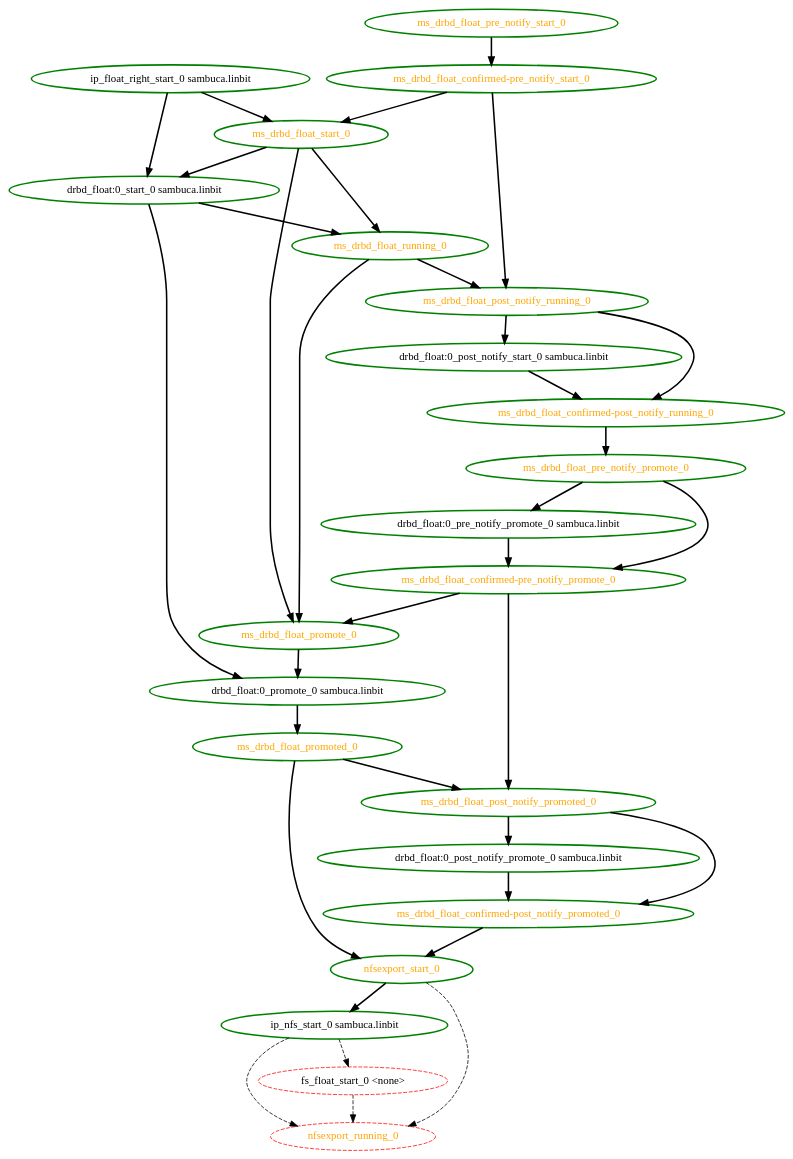
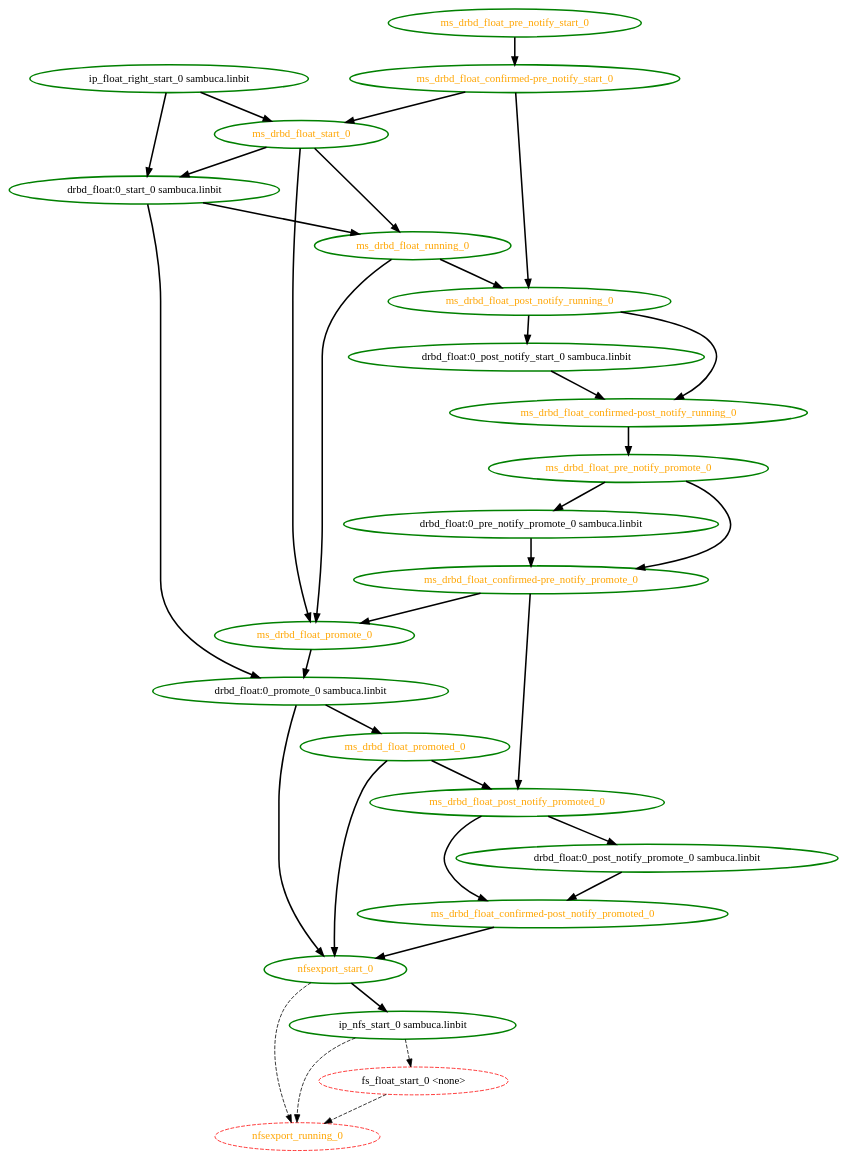
One commit to linux-ha-japan/pm_diskd changed the diagram in pengine/test10/master-pseudo.dot. Above: the diagram before and after it, drawn with Graphviz. The commit also changed 13 other files, not shown here.

```diff
--- a/pengine/test10/master-pseudo.dot
+++ b/pengine/test10/master-pseudo.dot
@@ -1,58 +1,59 @@
 digraph "g" {
 "drbd_float:0_post_notify_promote_0 sambuca.linbit" -> "ms_drbd_float_confirmed-post_notify_promoted_0" [ style = bold]
 "drbd_float:0_post_notify_promote_0 sambuca.linbit" [ style=bold color="green" fontcolor="black"  ]
 "drbd_float:0_post_notify_start_0 sambuca.linbit" -> "ms_drbd_float_confirmed-post_notify_running_0" [ style = bold]
 "drbd_float:0_post_notify_start_0 sambuca.linbit" [ style=bold color="green" fontcolor="black"  ]
 "drbd_float:0_pre_notify_promote_0 sambuca.linbit" -> "ms_drbd_float_confirmed-pre_notify_promote_0" [ style = bold]
 "drbd_float:0_pre_notify_promote_0 sambuca.linbit" [ style=bold color="green" fontcolor="black"  ]
 "drbd_float:0_promote_0 sambuca.linbit" -> "ms_drbd_float_promoted_0" [ style = bold]
+"drbd_float:0_promote_0 sambuca.linbit" -> "nfsexport_start_0" [ style = bold]
 "drbd_float:0_promote_0 sambuca.linbit" [ style=bold color="green" fontcolor="black"  ]
 "drbd_float:0_start_0 sambuca.linbit" -> "drbd_float:0_promote_0 sambuca.linbit" [ style = bold]
 "drbd_float:0_start_0 sambuca.linbit" -> "ms_drbd_float_running_0" [ style = bold]
 "drbd_float:0_start_0 sambuca.linbit" [ style=bold color="green" fontcolor="black"  ]
 "fs_float_start_0 <none>" -> "nfsexport_running_0" [ style = dashed]
 "fs_float_start_0 <none>" [ style=dashed color="red" fontcolor="black"  ]
 "ip_float_right_start_0 sambuca.linbit" -> "drbd_float:0_start_0 sambuca.linbit" [ style = bold]
 "ip_float_right_start_0 sambuca.linbit" -> "ms_drbd_float_start_0" [ style = bold]
 "ip_float_right_start_0 sambuca.linbit" [ style=bold color="green" fontcolor="black"  ]
 "ip_nfs_start_0 sambuca.linbit" -> "fs_float_start_0 <none>" [ style = dashed]
 "ip_nfs_start_0 sambuca.linbit" -> "nfsexport_running_0" [ style = dashed]
 "ip_nfs_start_0 sambuca.linbit" [ style=bold color="green" fontcolor="black"  ]
 "ms_drbd_float_confirmed-post_notify_promoted_0" -> "nfsexport_start_0" [ style = bold]
 "ms_drbd_float_confirmed-post_notify_promoted_0" [ style=bold color="green" fontcolor="orange"  ]
 "ms_drbd_float_confirmed-post_notify_running_0" -> "ms_drbd_float_pre_notify_promote_0" [ style = bold]
 "ms_drbd_float_confirmed-post_notify_running_0" [ style=bold color="green" fontcolor="orange"  ]
 "ms_drbd_float_confirmed-pre_notify_promote_0" -> "ms_drbd_float_post_notify_promoted_0" [ style = bold]
 "ms_drbd_float_confirmed-pre_notify_promote_0" -> "ms_drbd_float_promote_0" [ style = bold]
 "ms_drbd_float_confirmed-pre_notify_promote_0" [ style=bold color="green" fontcolor="orange"  ]
 "ms_drbd_float_confirmed-pre_notify_start_0" -> "ms_drbd_float_post_notify_running_0" [ style = bold]
 "ms_drbd_float_confirmed-pre_notify_start_0" -> "ms_drbd_float_start_0" [ style = bold]
 "ms_drbd_float_confirmed-pre_notify_start_0" [ style=bold color="green" fontcolor="orange"  ]
 "ms_drbd_float_post_notify_promoted_0" -> "drbd_float:0_post_notify_promote_0 sambuca.linbit" [ style = bold]
 "ms_drbd_float_post_notify_promoted_0" -> "ms_drbd_float_confirmed-post_notify_promoted_0" [ style = bold]
 "ms_drbd_float_post_notify_promoted_0" [ style=bold color="green" fontcolor="orange"  ]
 "ms_drbd_float_post_notify_running_0" -> "drbd_float:0_post_notify_start_0 sambuca.linbit" [ style = bold]
 "ms_drbd_float_post_notify_running_0" -> "ms_drbd_float_confirmed-post_notify_running_0" [ style = bold]
 "ms_drbd_float_post_notify_running_0" [ style=bold color="green" fontcolor="orange"  ]
 "ms_drbd_float_pre_notify_promote_0" -> "drbd_float:0_pre_notify_promote_0 sambuca.linbit" [ style = bold]
 "ms_drbd_float_pre_notify_promote_0" -> "ms_drbd_float_confirmed-pre_notify_promote_0" [ style = bold]
 "ms_drbd_float_pre_notify_promote_0" [ style=bold color="green" fontcolor="orange"  ]
 "ms_drbd_float_pre_notify_start_0" -> "ms_drbd_float_confirmed-pre_notify_start_0" [ style = bold]
 "ms_drbd_float_pre_notify_start_0" [ style=bold color="green" fontcolor="orange"  ]
 "ms_drbd_float_promote_0" -> "drbd_float:0_promote_0 sambuca.linbit" [ style = bold]
 "ms_drbd_float_promote_0" [ style=bold color="green" fontcolor="orange"  ]
 "ms_drbd_float_promoted_0" -> "ms_drbd_float_post_notify_promoted_0" [ style = bold]
 "ms_drbd_float_promoted_0" -> "nfsexport_start_0" [ style = bold]
 "ms_drbd_float_promoted_0" [ style=bold color="green" fontcolor="orange"  ]
 "ms_drbd_float_running_0" -> "ms_drbd_float_post_notify_running_0" [ style = bold]
 "ms_drbd_float_running_0" -> "ms_drbd_float_promote_0" [ style = bold]
 "ms_drbd_float_running_0" [ style=bold color="green" fontcolor="orange"  ]
 "ms_drbd_float_start_0" -> "drbd_float:0_start_0 sambuca.linbit" [ style = bold]
 "ms_drbd_float_start_0" -> "ms_drbd_float_promote_0" [ style = bold]
 "ms_drbd_float_start_0" -> "ms_drbd_float_running_0" [ style = bold]
 "ms_drbd_float_start_0" [ style=bold color="green" fontcolor="orange"  ]
 "nfsexport_running_0" [ style=dashed color="red" fontcolor="orange"  ]
 "nfsexport_start_0" -> "ip_nfs_start_0 sambuca.linbit" [ style = bold]
 "nfsexport_start_0" -> "nfsexport_running_0" [ style = dashed]
 "nfsexport_start_0" [ style=bold color="green" fontcolor="orange"  ]
 }
```
